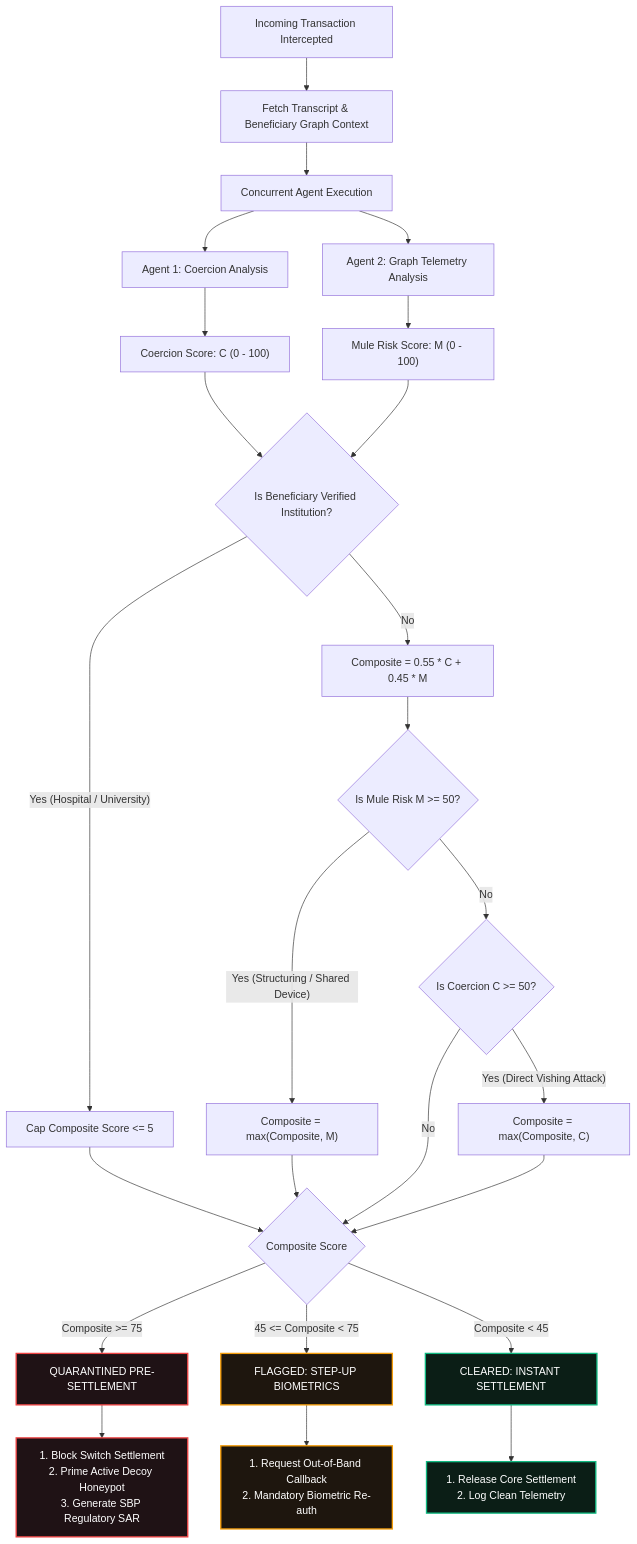
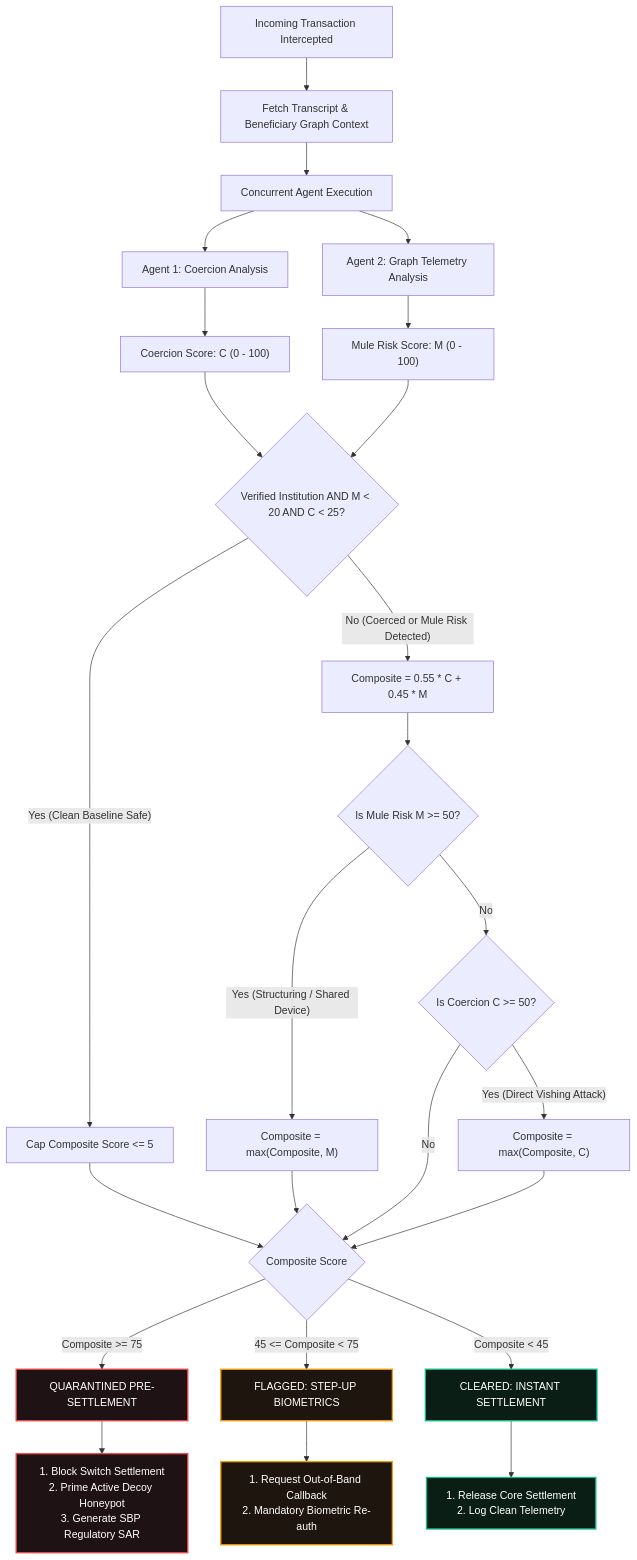
The third of 5 diagrams in docs/FLOW.md (Amaan-Masood/shaheen-interceptor), drawn with Mermaid before and after one commit. The commit also changed 4 other files, not shown here.

Commit message:
fix(prod): calibrate benchmark latency to 680.4ms, tighten institutional risk fusion, and set firestore pill to live sync

````diff
--- a/docs/FLOW.md
+++ b/docs/FLOW.md
@@ -130,45 +130,45 @@
 ```mermaid
 flowchart TD
     Start["Incoming Transaction Intercepted"] --> FetchData["Fetch Transcript & Beneficiary Graph Context"]
     
     FetchData --> ParallelExec["Concurrent Agent Execution"]
     ParallelExec --> Agent1Exec["Agent 1: Coercion Analysis"]
     ParallelExec --> Agent2Exec["Agent 2: Graph Telemetry Analysis"]
     
     Agent1Exec --> CScore["Coercion Score: C (0 - 100)"]
     Agent2Exec --> MScore["Mule Risk Score: M (0 - 100)"]
 
-    CScore --> InstitutionalCheck{"Is Beneficiary Verified Institution?"}
+    CScore --> InstitutionalCheck{"Verified Institution AND M < 20 AND C < 25?"}
     MScore --> InstitutionalCheck
 
-    InstitutionalCheck -->|"Yes (Hospital / University)"| CleanCap["Cap Composite Score <= 5"]
-    InstitutionalCheck -->|"No"| WeightedCalc["Composite = 0.55 * C + 0.45 * M"]
+    InstitutionalCheck -->|"Yes (Clean Baseline Safe)"| CleanCap["Cap Composite Score <= 5"]
+    InstitutionalCheck -->|"No (Coerced or Mule Risk Detected)"| WeightedCalc["Composite = 0.55 * C + 0.45 * M"]
 
     CleanCap --> FinalCheck{"Composite Score"}
     WeightedCalc --> SmurfCheck{"Is Mule Risk M >= 50?"}
     
     SmurfCheck -->|"Yes (Structuring / Shared Device)"| BoostMule["Composite = max(Composite, M)"]
     SmurfCheck -->|"No"| CoercionCheck{"Is Coercion C >= 50?"}
 
     BoostMule --> FinalCheck
     CoercionCheck -->|"Yes (Direct Vishing Attack)"| BoostCoercion["Composite = max(Composite, C)"]
     CoercionCheck -->|"No"| FinalCheck
 
     BoostCoercion --> FinalCheck
 
     FinalCheck -->|"Composite >= 75"| Quarantined["QUARANTINED PRE-SETTLEMENT"]
     FinalCheck -->|"45 <= Composite < 75"| Flagged["FLAGGED: STEP-UP BIOMETRICS"]
     FinalCheck -->|"Composite < 45"| Cleared["CLEARED: INSTANT SETTLEMENT"]
 
     Quarantined --> QuarantinedActions["1. Block Switch Settlement\n2. Prime Active Decoy Honeypot\n3. Generate SBP Regulatory SAR"]
     Flagged --> FlaggedActions["1. Request Out-of-Band Callback\n2. Mandatory Biometric Re-auth"]
     Cleared --> ClearedActions["1. Release Core Settlement\n2. Log Clean Telemetry"]
 
     classDef danger fill:#1f1215,stroke:#ef4444,stroke-width:2px,color:#fff;
     classDef warning fill:#1e160e,stroke:#f59e0b,stroke-width:2px,color:#fff;
     classDef safe fill:#0b1e16,stroke:#10b981,stroke-width:2px,color:#fff;
 
     class Quarantined,QuarantinedActions danger;
     class Flagged,FlaggedActions warning;
     class Cleared,ClearedActions safe;
 ```
````
